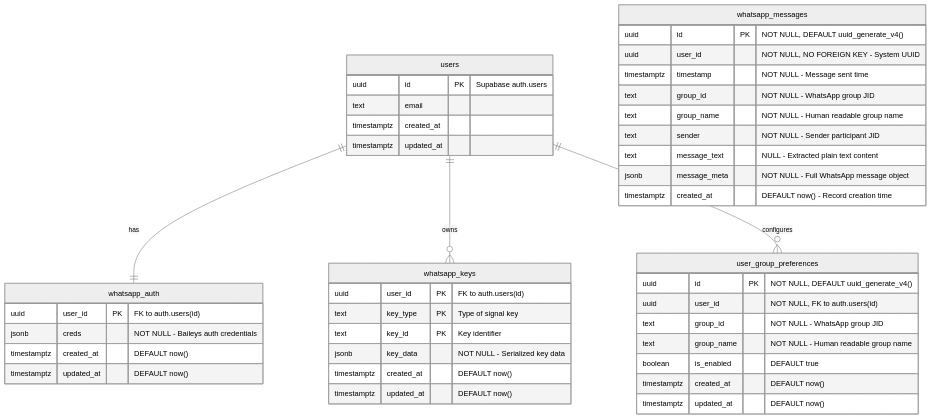
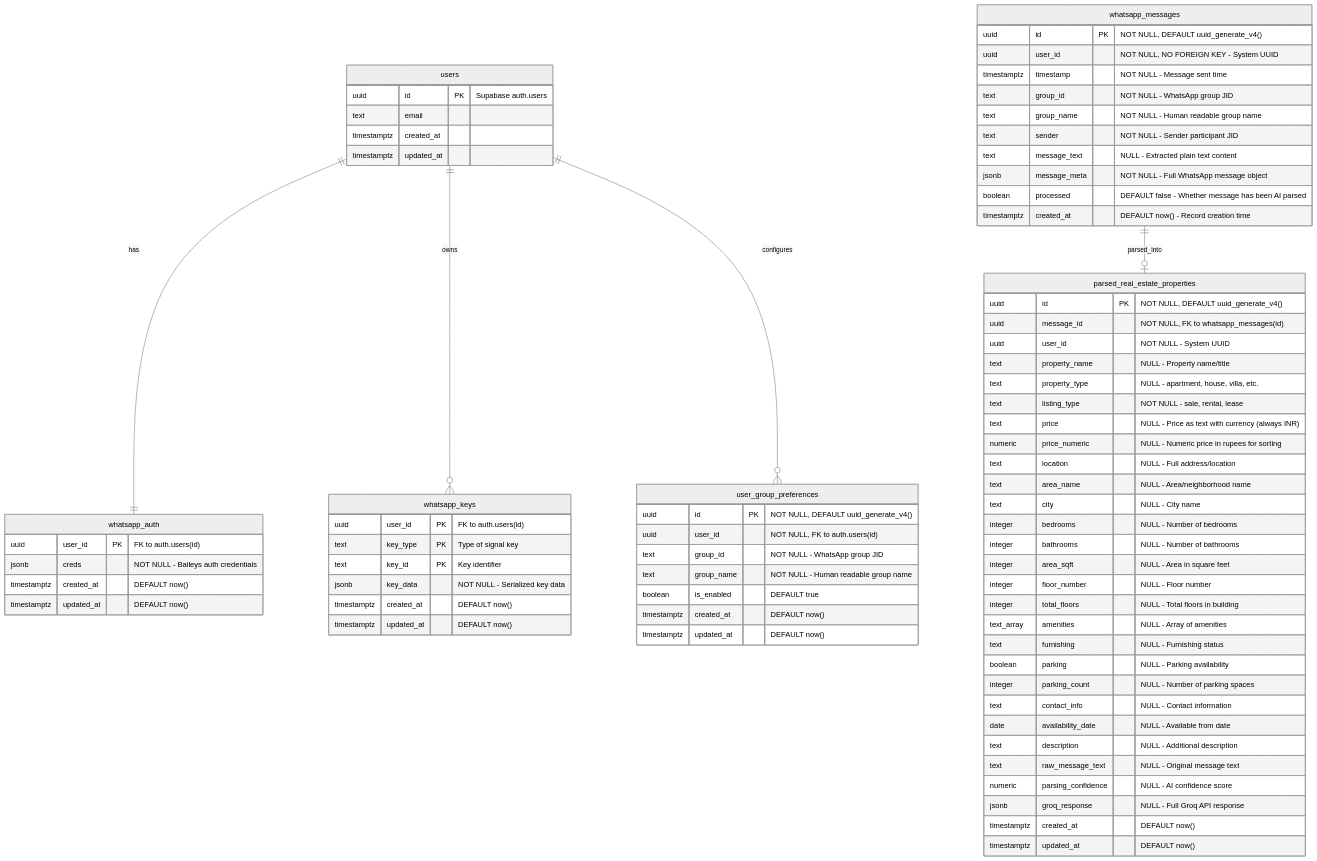
The diagram in docs/erd.md (realestate9x/whatsapp-listings), drawn with Mermaid (neutral theme) before and after one commit. The commit also changed other lines of this file and 11 other files, not shown here.

First line of the commit message:
feat: add real estate parsing job and related services

````diff
--- a/docs/erd.md
+++ b/docs/erd.md
@@ -102,7 +138,39 @@
         text sender "NOT NULL - Sender participant JID"
         text message_text "NULL - Extracted plain text content"
         jsonb message_meta "NOT NULL - Full WhatsApp message object"
+        boolean processed "DEFAULT false - Whether message has been AI parsed"
         timestamptz created_at "DEFAULT now() - Record creation time"
+    }
+
+    parsed_real_estate_properties {
+        uuid id PK "NOT NULL, DEFAULT uuid_generate_v4()"
+        uuid message_id "NOT NULL, FK to whatsapp_messages(id)"
+        uuid user_id "NOT NULL - System UUID"
+        text property_name "NULL - Property name/title"
+        text property_type "NULL - apartment, house, villa, etc."
+        text listing_type "NOT NULL - sale, rental, lease"
+        text price "NULL - Price as text with currency (always INR)"
+        numeric price_numeric "NULL - Numeric price in rupees for sorting"
+        text location "NULL - Full address/location"
+        text area_name "NULL - Area/neighborhood name"
+        text city "NULL - City name"
+        integer bedrooms "NULL - Number of bedrooms"
+        integer bathrooms "NULL - Number of bathrooms"
+        integer area_sqft "NULL - Area in square feet"
+        integer floor_number "NULL - Floor number"
+        integer total_floors "NULL - Total floors in building"
+        text_array amenities "NULL - Array of amenities"
+        text furnishing "NULL - Furnishing status"
+        boolean parking "NULL - Parking availability"
+        integer parking_count "NULL - Number of parking spaces"
+        text contact_info "NULL - Contact information"
+        date availability_date "NULL - Available from date"
+        text description "NULL - Additional description"
+        text raw_message_text "NULL - Original message text"
+        numeric parsing_confidence "NULL - AI confidence score"
+        jsonb groq_response "NULL - Full Groq API response"
+        timestamptz created_at "DEFAULT now()"
+        timestamptz updated_at "DEFAULT now()"
     }
 
     user_group_preferences {
@@ -118,4 +186,5 @@
     users ||--|| whatsapp_auth : "has"
     users ||--o{ whatsapp_keys : "owns"
     users ||--o{ user_group_preferences : "configures"
+    whatsapp_messages ||--o| parsed_real_estate_properties : "parsed_into"
 ```
````
